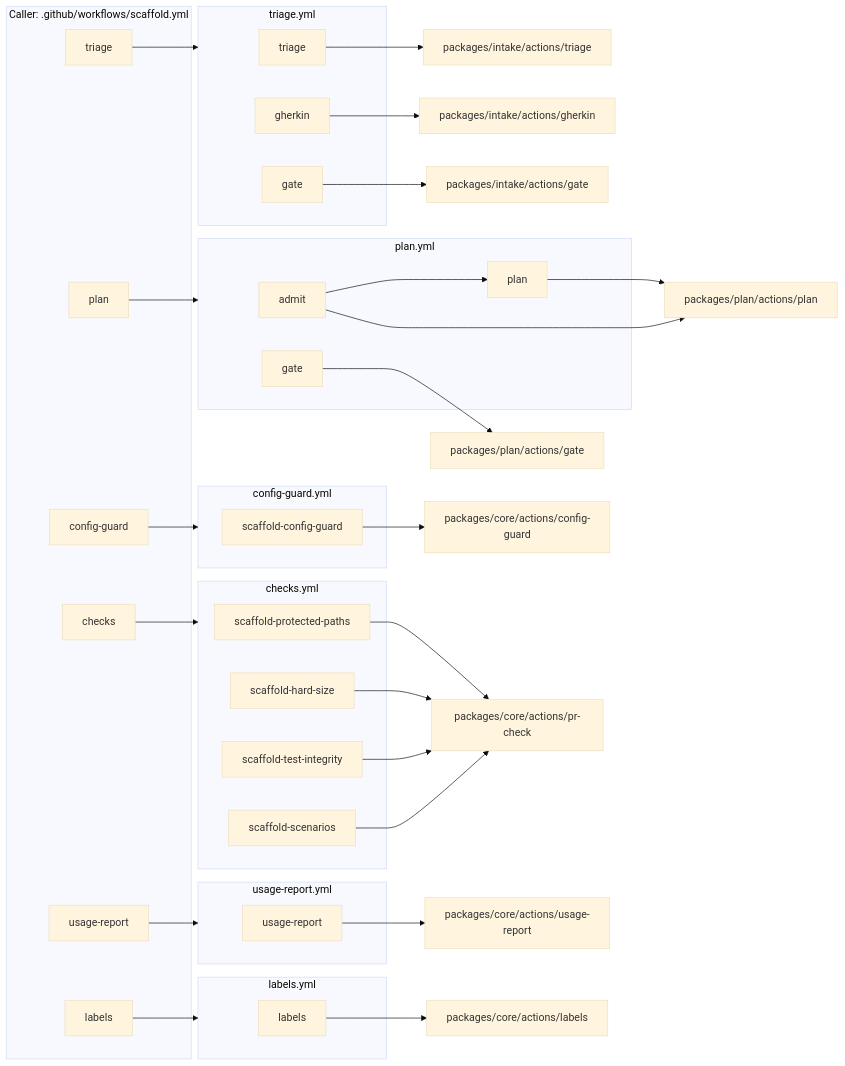
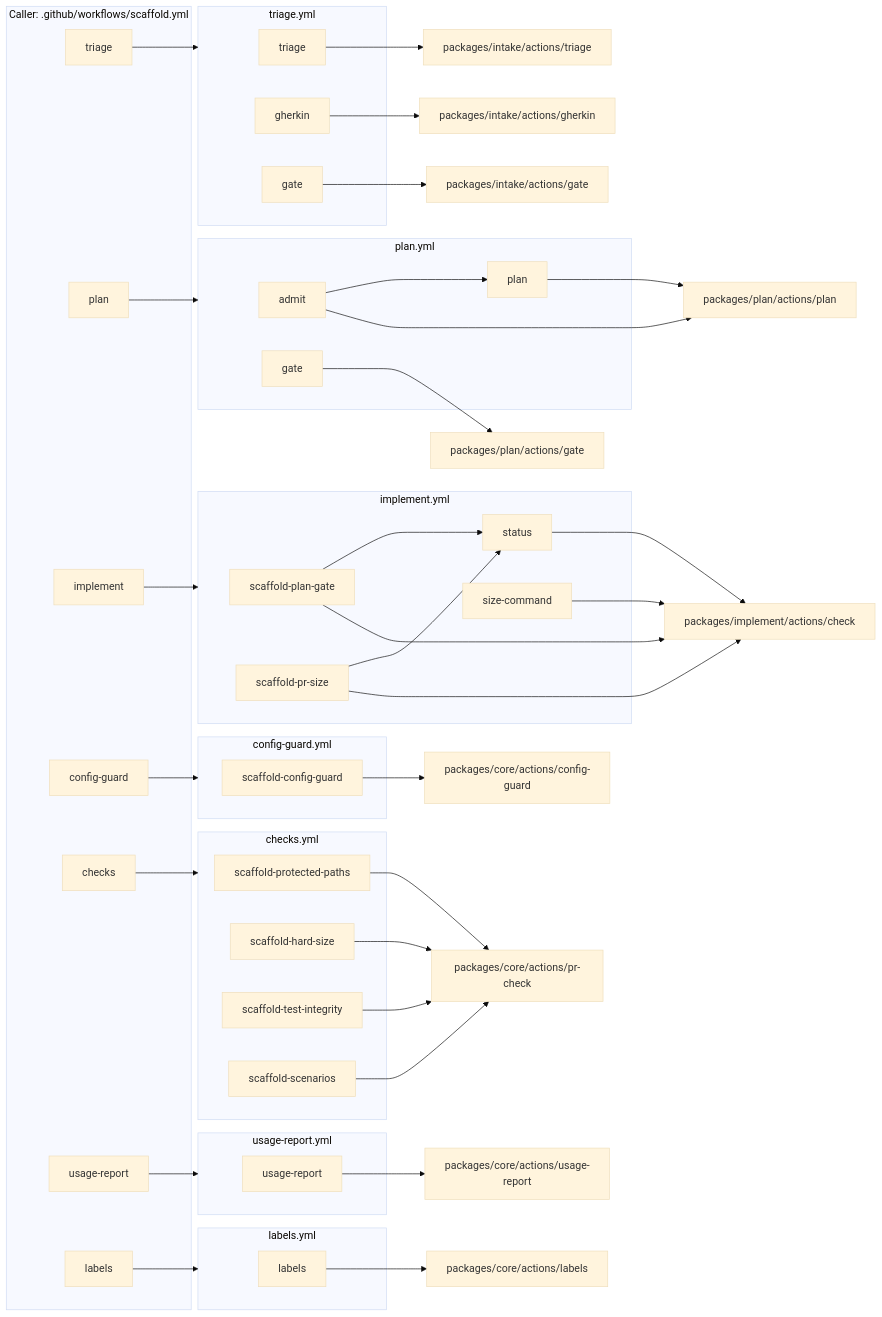
One commit to JackWP1/scaffold changed the second of 2 diagrams in docs/diagrams/architecture.md. Above: the diagram before and after it, drawn with Mermaid (base theme). The commit also changed 18 other files, not shown here.

First line of the commit message:
Slice 3: implement package: plan gate and PR size checks, /size-exception, PR status

````diff
--- a/docs/diagrams/architecture.md
+++ b/docs/diagrams/architecture.md
@@ -88,56 +88,70 @@
 ```mermaid
 flowchart LR
   subgraph caller["Caller: .github/workflows/scaffold.yml"]
     c_triage["triage"]
     c_plan["plan"]
+    c_implement["implement"]
     c_config_guard["config-guard"]
     c_checks["checks"]
     c_usage_report["usage-report"]
     c_labels["labels"]
   end
   subgraph w_checks_yml["checks.yml"]
     w_checks_yml_scaffold_protected_paths["scaffold-protected-paths"]
     w_checks_yml_scaffold_hard_size["scaffold-hard-size"]
     w_checks_yml_scaffold_test_integrity["scaffold-test-integrity"]
     w_checks_yml_scaffold_scenarios["scaffold-scenarios"]
   end
   subgraph w_config_guard_yml["config-guard.yml"]
     w_config_guard_yml_scaffold_config_guard["scaffold-config-guard"]
+  end
+  subgraph w_implement_yml["implement.yml"]
+    w_implement_yml_scaffold_plan_gate["scaffold-plan-gate"]
+    w_implement_yml_scaffold_pr_size["scaffold-pr-size"]
+    w_implement_yml_status["status"]
+    w_implement_yml_scaffold_plan_gate --> w_implement_yml_status
+    w_implement_yml_scaffold_pr_size --> w_implement_yml_status
+    w_implement_yml_size_command["size-command"]
   end
   subgraph w_labels_yml["labels.yml"]
     w_labels_yml_labels["labels"]
   end
   subgraph w_plan_yml["plan.yml"]
     w_plan_yml_admit["admit"]
     w_plan_yml_plan["plan"]
     w_plan_yml_admit --> w_plan_yml_plan
     w_plan_yml_gate["gate"]
   end
   subgraph w_triage_yml["triage.yml"]
     w_triage_yml_triage["triage"]
     w_triage_yml_gherkin["gherkin"]
     w_triage_yml_gate["gate"]
   end
   subgraph w_usage_report_yml["usage-report.yml"]
     w_usage_report_yml_usage_report["usage-report"]
   end
   c_triage --> w_triage_yml
   c_plan --> w_plan_yml
+  c_implement --> w_implement_yml
   c_config_guard --> w_config_guard_yml
   c_checks --> w_checks_yml
   c_usage_report --> w_usage_report_yml
   c_labels --> w_labels_yml
   w_checks_yml_scaffold_protected_paths --> a_packages_core_actions_pr_check["packages/core/actions/pr-check"]
   w_checks_yml_scaffold_hard_size --> a_packages_core_actions_pr_check["packages/core/actions/pr-check"]
   w_checks_yml_scaffold_test_integrity --> a_packages_core_actions_pr_check["packages/core/actions/pr-check"]
   w_checks_yml_scaffold_scenarios --> a_packages_core_actions_pr_check["packages/core/actions/pr-check"]
   w_config_guard_yml_scaffold_config_guard --> a_packages_core_actions_config_guard["packages/core/actions/config-guard"]
+  w_implement_yml_scaffold_plan_gate --> a_packages_implement_actions_check["packages/implement/actions/check"]
+  w_implement_yml_scaffold_pr_size --> a_packages_implement_actions_check["packages/implement/actions/check"]
+  w_implement_yml_status --> a_packages_implement_actions_check["packages/implement/actions/check"]
+  w_implement_yml_size_command --> a_packages_implement_actions_check["packages/implement/actions/check"]
   w_labels_yml_labels --> a_packages_core_actions_labels["packages/core/actions/labels"]
   w_plan_yml_admit --> a_packages_plan_actions_plan["packages/plan/actions/plan"]
   w_plan_yml_plan --> a_packages_plan_actions_plan["packages/plan/actions/plan"]
   w_plan_yml_gate --> a_packages_plan_actions_gate["packages/plan/actions/gate"]
   w_triage_yml_triage --> a_packages_intake_actions_triage["packages/intake/actions/triage"]
   w_triage_yml_gherkin --> a_packages_intake_actions_gherkin["packages/intake/actions/gherkin"]
   w_triage_yml_gate --> a_packages_intake_actions_gate["packages/intake/actions/gate"]
   w_usage_report_yml_usage_report --> a_packages_core_actions_usage_report["packages/core/actions/usage-report"]
 ```
````
